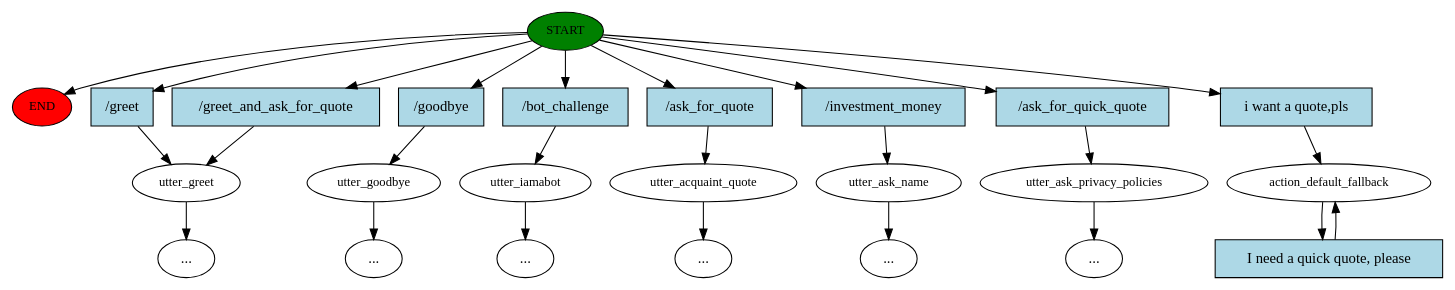
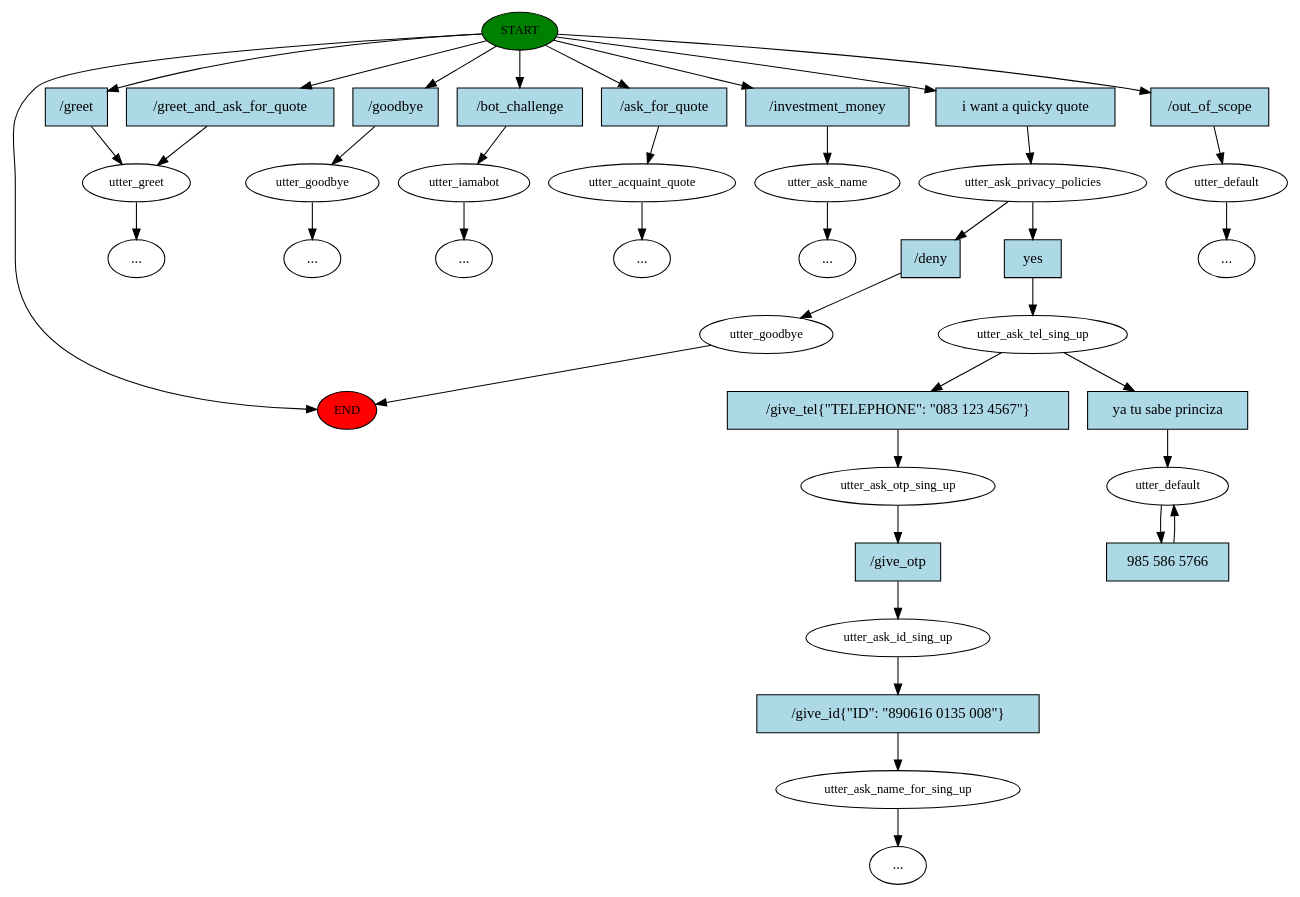
Before and after one commit to miguel-kjh/Sylvia: the diagram in story_graph.dot, drawn with Graphviz. The commit also changed 3 other files, not shown here.

```diff
--- a/story_graph.dot
+++ b/story_graph.dot
@@ -1,51 +1,78 @@
 digraph  {
 0 [class="start active", fillcolor=green, fontsize=12, label=START, style=filled];
 "-1" [class=end, fillcolor=red, fontsize=12, label=END, style=filled];
 1 [class="", fontsize=12, label=utter_greet];
 2 [class="", fontsize=12, label=utter_goodbye];
 "-4" [class=ellipsis, label="..."];
 3 [class="", fontsize=12, label=utter_iamabot];
 "-5" [class=ellipsis, label="..."];
 12 [class="", fontsize=12, label=utter_acquaint_quote];
 "-25" [class=ellipsis, label="..."];
 "-37" [class=ellipsis, label="..."];
 36 [class="", fontsize=12, label=utter_ask_name];
 "-46" [class=ellipsis, label="..."];
-45 [class="", fontsize=12, label=utter_ask_privacy_policies];
+45 [class=active, fontsize=12, label=utter_ask_privacy_policies];
+46 [class="", fontsize=12, label=utter_goodbye];
+48 [class=active, fontsize=12, label=utter_ask_tel_sing_up];
+49 [class="", fontsize=12, label=utter_ask_otp_sing_up];
+50 [class="", fontsize=12, label=utter_ask_id_sing_up];
+51 [class="", fontsize=12, label=utter_ask_name_for_sing_up];
+"-54" [class=ellipsis, label="..."];
+87 [class="", fontsize=12, label=utter_default];
 "-55" [class=ellipsis, label="..."];
-54 [class="active dashed", fontsize=12, label=action_default_fallback];
-56 [class=intent, fillcolor=lightblue, label="/greet", shape=rect, style=filled];
-57 [class=intent, fillcolor=lightblue, label="/greet_and_ask_for_quote", shape=rect, style=filled];
-58 [class=intent, fillcolor=lightblue, label="/goodbye", shape=rect, style=filled];
-59 [class=intent, fillcolor=lightblue, label="/bot_challenge", shape=rect, style=filled];
-60 [class=intent, fillcolor=lightblue, label="/ask_for_quote", shape=rect, style=filled];
-61 [class=intent, fillcolor=lightblue, label="/investment_money", shape=rect, style=filled];
-62 [class=intent, fillcolor=lightblue, label="/ask_for_quick_quote", shape=rect, style=filled];
-63 [class="intent active", fillcolor=lightblue, label="i want a quote,pls", shape=rect, style=filled];
-64 [class="intent active", fillcolor=lightblue, label="I need a quick quote, please", shape=rect, style=filled];
+90 [class="active dashed", fontsize=12, label=utter_default];
+92 [class=intent, fillcolor=lightblue, label="/greet", shape=rect, style=filled];
+93 [class=intent, fillcolor=lightblue, label="/greet_and_ask_for_quote", shape=rect, style=filled];
+94 [class=intent, fillcolor=lightblue, label="/goodbye", shape=rect, style=filled];
+95 [class=intent, fillcolor=lightblue, label="/bot_challenge", shape=rect, style=filled];
+96 [class=intent, fillcolor=lightblue, label="/ask_for_quote", shape=rect, style=filled];
+97 [class=intent, fillcolor=lightblue, label="/investment_money", shape=rect, style=filled];
+98 [class="intent active", fillcolor=lightblue, label="i want a quicky quote", shape=rect, style=filled];
+99 [class=intent, fillcolor=lightblue, label="/out_of_scope", shape=rect, style=filled];
+100 [class=intent, fillcolor=lightblue, label="/deny", shape=rect, style=filled];
+101 [class="intent active", fillcolor=lightblue, label=yes, shape=rect, style=filled];
+102 [class=intent, fillcolor=lightblue, label="/give_tel{\"TELEPHONE\": \"083 123 4567\"}", shape=rect, style=filled];
+103 [class="intent active", fillcolor=lightblue, label="ya tu sabe princiza", shape=rect, style=filled];
+104 [class=intent, fillcolor=lightblue, label="/give_otp", shape=rect, style=filled];
+105 [class=intent, fillcolor=lightblue, label="/give_id{\"ID\": \"890616 0135 008\"}", shape=rect, style=filled];
+106 [class="intent active", fillcolor=lightblue, label="985 586 5766", shape=rect, style=filled];
 0 -> "-1"  [class="", key=NONE, label=""];
-0 -> 56  [class="", key=0];
-0 -> 57  [class="", key=0];
-0 -> 58  [class="", key=0];
-0 -> 59  [class="", key=0];
-0 -> 60  [class="", key=0];
-0 -> 61  [class="", key=0];
-0 -> 62  [class="", key=0];
-0 -> 63  [class=active, key=0];
+0 -> 92  [class="", key=0];
+0 -> 93  [class="", key=0];
+0 -> 94  [class="", key=0];
+0 -> 95  [class="", key=0];
+0 -> 96  [class="", key=0];
+0 -> 97  [class="", key=0];
+0 -> 98  [class=active, key=0];
+0 -> 99  [class="", key=0];
 1 -> "-25"  [class="", key=NONE, label=""];
 2 -> "-4"  [class="", key=NONE, label=""];
 3 -> "-5"  [class="", key=NONE, label=""];
 12 -> "-37"  [class="", key=NONE, label=""];
 36 -> "-46"  [class="", key=NONE, label=""];
-45 -> "-55"  [class="", key=NONE, label=""];
-54 -> 64  [class=active, key=0];
-56 -> 1  [class="", key=0];
-57 -> 1  [class="", key=0];
-58 -> 2  [class="", key=0];
-59 -> 3  [class="", key=0];
-60 -> 12  [class="", key=0];
-61 -> 36  [class="", key=0];
-62 -> 45  [class="", key=0];
-63 -> 54  [class=active, key=0];
-64 -> 54  [class=active, key=0];
+45 -> 100  [class="", key=0];
+45 -> 101  [class=active, key=0];
+46 -> "-1"  [class="", key=NONE, label=""];
+48 -> 102  [class="", key=0];
+48 -> 103  [class=active, key=0];
+49 -> 104  [class="", key=0];
+50 -> 105  [class="", key=0];
+51 -> "-54"  [class="", key=NONE, label=""];
+87 -> "-55"  [class="", key=NONE, label=""];
+90 -> 106  [class=active, key=0];
+92 -> 1  [class="", key=0];
+93 -> 1  [class="", key=0];
+94 -> 2  [class="", key=0];
+95 -> 3  [class="", key=0];
+96 -> 12  [class="", key=0];
+97 -> 36  [class="", key=0];
+98 -> 45  [class=active, key=0];
+99 -> 87  [class="", key=0];
+100 -> 46  [class="", key=0];
+101 -> 48  [class=active, key=0];
+102 -> 49  [class="", key=0];
+103 -> 90  [class=active, key=0];
+104 -> 50  [class="", key=0];
+105 -> 51  [class="", key=0];
+106 -> 90  [class=active, key=0];
 }
```
